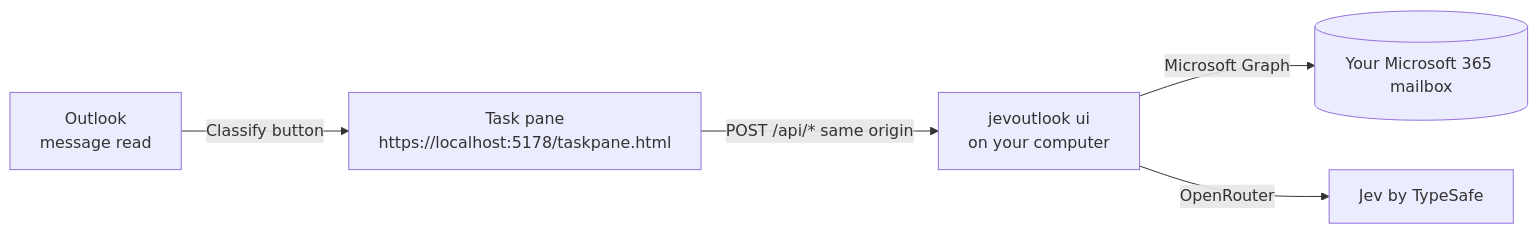
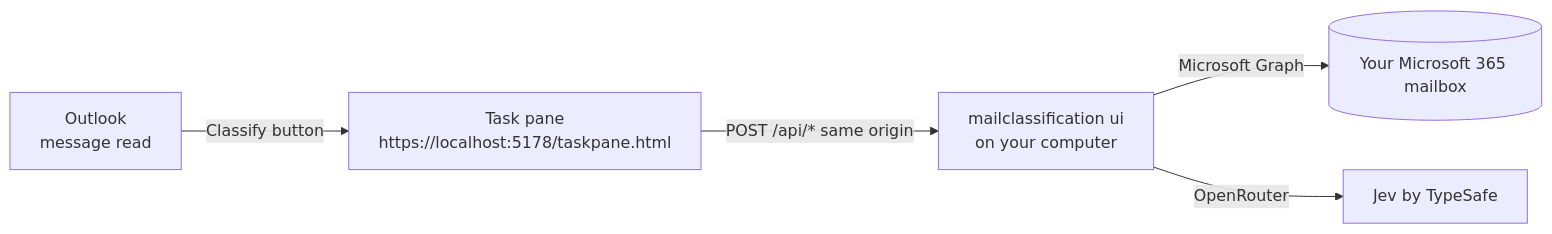
The diagram in docs/ADDIN.md (vincentlauriat/MailClassification.jev), drawn with Mermaid before and after one commit. The commit also changed other lines of this file and 53 other files, not shown here.

````diff
--- a/docs/ADDIN.md
+++ b/docs/ADDIN.md
@@ -114,7 +114,7 @@
 ```mermaid
 flowchart LR
     O["Outlook<br/>message read"] -->|"Classify button"| P["Task pane<br/>https://localhost:5178/taskpane.html"]
-    P -->|"POST /api/* same origin"| S["jevoutlook ui<br/>on your computer"]
+    P -->|"POST /api/* same origin"| S["mailclassification ui<br/>on your computer"]
     S -->|"Microsoft Graph"| G[("Your Microsoft 365 mailbox")]
     S -->|"OpenRouter"| J["Jev by TypeSafe"]
 ```
````
